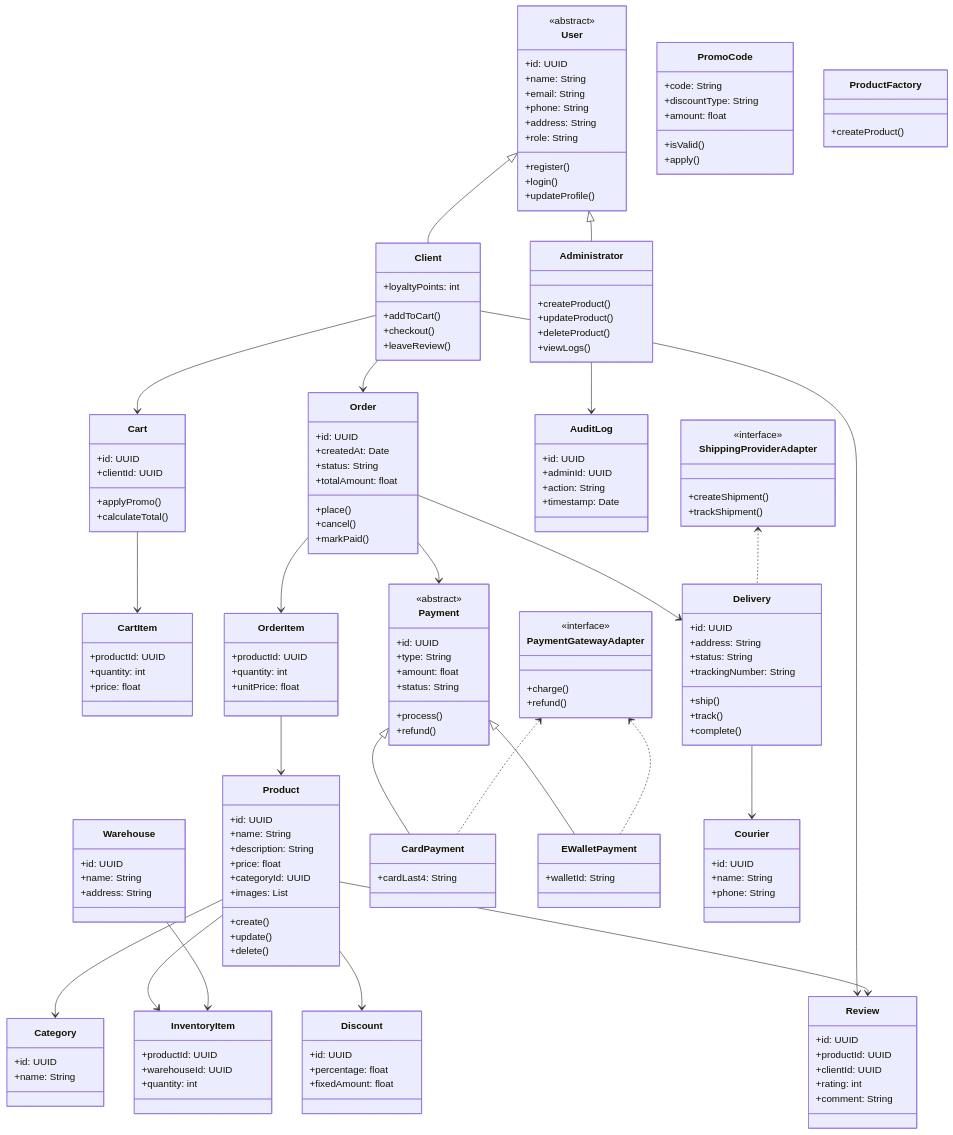
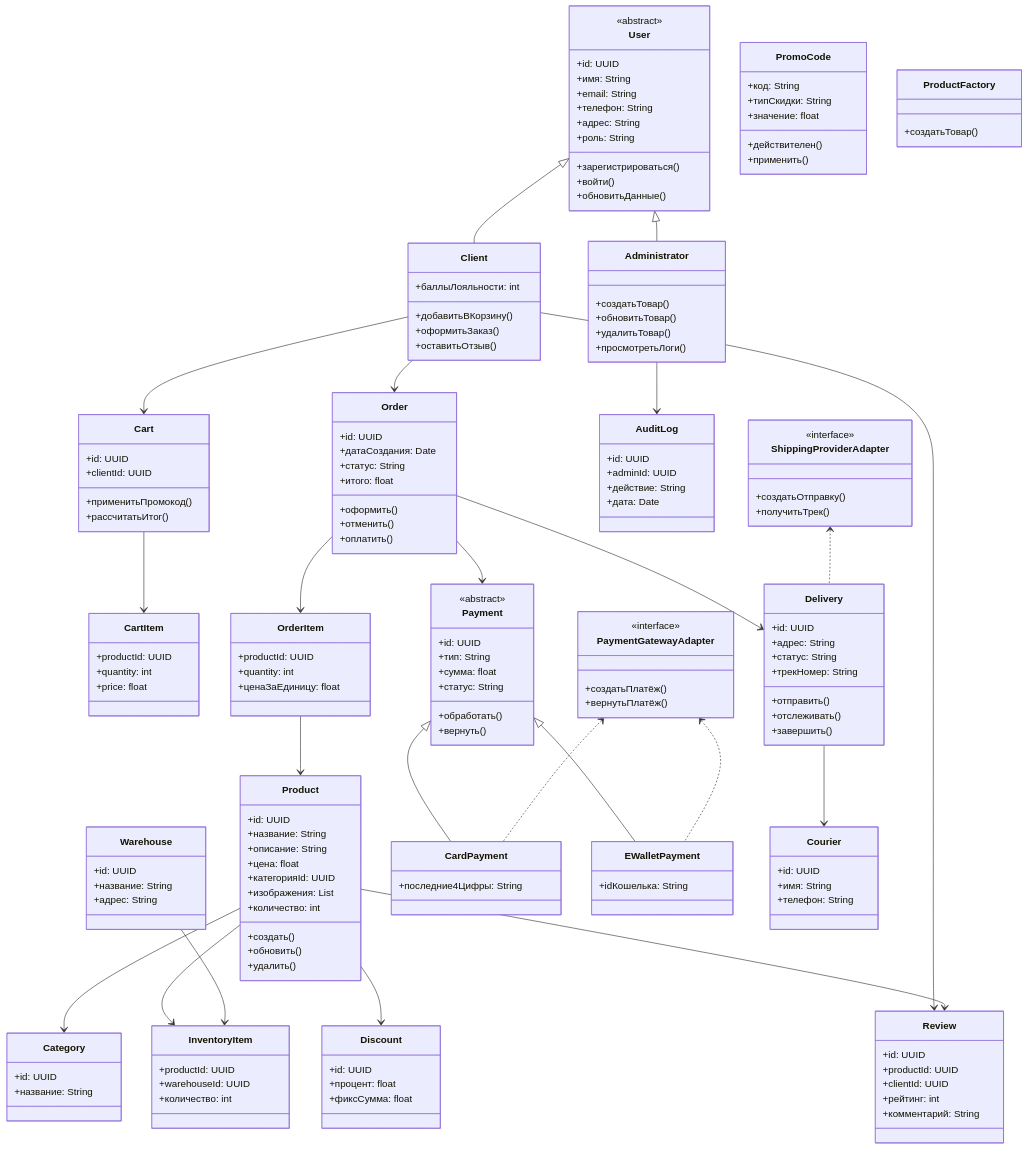
Before and after one commit to Aim129/Class-diagram-Component-diagram-11: the diagram in Class diagram11.md, drawn with Mermaid.

Commit message:
Update Class diagram11.md

````diff
--- a/Class diagram11.md
+++ b/Class diagram11.md
@@ -1,79 +1,80 @@
 ```mermaid 
 classDiagram
 
-%% === Users ===
+%% === Пользователи ===
 class User {
   <<abstract>>
   +id: UUID
-  +name: String
+  +имя: String
   +email: String
-  +phone: String
-  +address: String
-  +role: String
-  +register()
-  +login()
-  +updateProfile()
+  +телефон: String
+  +адрес: String
+  +роль: String
+  +зарегистрироваться()
+  +войти()
+  +обновитьДанные()
 }
 
 class Client {
-  +loyaltyPoints: int
-  +addToCart()
-  +checkout()
-  +leaveReview()
+  +баллыЛояльности: int
+  +добавитьВКорзину()
+  +оформитьЗаказ()
+  +оставитьОтзыв()
 }
 
 class Administrator {
-  +createProduct()
-  +updateProduct()
-  +deleteProduct()
-  +viewLogs()
+  +создатьТовар()
+  +обновитьТовар()
+  +удалитьТовар()
+  +просмотретьЛоги()
 }
 
 User <|-- Client
 User <|-- Administrator
 
-%% === Products ===
+%% === Товары ===
 class Product {
   +id: UUID
-  +name: String
-  +description: String
-  +price: float
-  +categoryId: UUID
-  +images: List
-  +create()
-  +update()
-  +delete()
+  +название: String
+  +описание: String
+  +цена: float
+  +категорияId: UUID
+  +изображения: List
+  +количество: int
+  +создать()
+  +обновить()
+  +удалить()
 }
 
 class Category {
   +id: UUID
-  +name: String
+  +название: String
 }
 
 Product --> Category
 
-%% === Inventory (multiple warehouses) ===
+%% === Склады (поддержка нескольких складов) ===
 class Warehouse {
   +id: UUID
-  +name: String
-  +address: String
+  +название: String
+  +адрес: String
 }
 
 class InventoryItem {
   +productId: UUID
   +warehouseId: UUID
-  +quantity: int
+  +количество: int
 }
 
 Product --> InventoryItem
 Warehouse --> InventoryItem
 
-%% === Cart / Orders ===
+%% === Корзина и заказы ===
 class Cart {
   +id: UUID
   +clientId: UUID
-  +applyPromo()
-  +calculateTotal()
+  +применитьПромокод()
+  +рассчитатьИтог()
 }
 
 class CartItem {
@@ -87,122 +88,126 @@
 
 class Order {
   +id: UUID
-  +createdAt: Date
-  +status: String
-  +totalAmount: float
-  +place()
-  +cancel()
-  +markPaid()
+  +датаСоздания: Date
+  +статус: String
+  +итого: float
+  +оформить()
+  +отменить()
+  +оплатить()
 }
 
 class OrderItem {
   +productId: UUID
   +quantity: int
-  +unitPrice: float
+  +ценаЗаЕдиницу: float
 }
 
 Client --> Order
 Order --> OrderItem
 OrderItem --> Product
 
-%% === Payments ===
+%% === Платежи ===
 class Payment {
   <<abstract>>
   +id: UUID
-  +type: String
-  +amount: float
-  +status: String
-  +process()
-  +refund()
+  +тип: String
+  +сумма: float
+  +статус: String
+  +обработать()
+  +вернуть()
 }
+
 class CardPayment {
-  +cardLast4: String
+  +последние4Цифры: String
 }
+
 class EWalletPayment {
-  +walletId: String
+  +idКошелька: String
 }
+
 Payment <|-- CardPayment
 Payment <|-- EWalletPayment
 Order --> Payment
 
-%% === Delivery ===
+%% === Доставка ===
 class Delivery {
   +id: UUID
-  +address: String
-  +status: String
-  +trackingNumber: String
-  +ship()
-  +track()
-  +complete()
+  +адрес: String
+  +статус: String
+  +трекНомер: String
+  +отправить()
+  +отслеживать()
+  +завершить()
 }
 
 class Courier {
   +id: UUID
-  +name: String
-  +phone: String
+  +имя: String
+  +телефон: String
 }
 
 Order --> Delivery
 Delivery --> Courier
 
-%% === Promo / Discounts ===
+%% === Скидки и промокоды ===
 class PromoCode {
-  +code: String
-  +discountType: String
-  +amount: float
-  +isValid()
-  +apply()
+  +код: String
+  +типСкидки: String
+  +значение: float
+  +действителен()
+  +применить()
 }
 
 class Discount {
   +id: UUID
-  +percentage: float
-  +fixedAmount: float
+  +процент: float
+  +фиксСумма: float
 }
 
 Product --> Discount
 
-%% === Reviews ===
+%% === Отзывы ===
 class Review {
   +id: UUID
   +productId: UUID
   +clientId: UUID
-  +rating: int
-  +comment: String
+  +рейтинг: int
+  +комментарий: String
 }
 
 Client --> Review
 Product --> Review
 
-%% === Audit Logs ===
+%% === Логи администраторов ===
 class AuditLog {
   +id: UUID
   +adminId: UUID
-  +action: String
-  +timestamp: Date
+  +действие: String
+  +дата: Date
 }
 
 Administrator --> AuditLog
 
-%% === Adapters (API integration) ===
+%% === Внешние интеграции (API) ===
 class PaymentGatewayAdapter {
   <<interface>>
-  +charge()
-  +refund()
+  +создатьПлатёж()
+  +вернутьПлатёж()
 }
+
 class ShippingProviderAdapter {
   <<interface>>
-  +createShipment()
-  +trackShipment()
+  +создатьОтправку()
+  +получитьТрек()
 }
 
 PaymentGatewayAdapter <.. CardPayment
 PaymentGatewayAdapter <.. EWalletPayment
 ShippingProviderAdapter <.. Delivery
 
-%% === Product Factory ===
+%% === Фабрика товаров ===
 class ProductFactory {
-  +createProduct()
+  +создатьТовар()
 }
 
 ```
````
